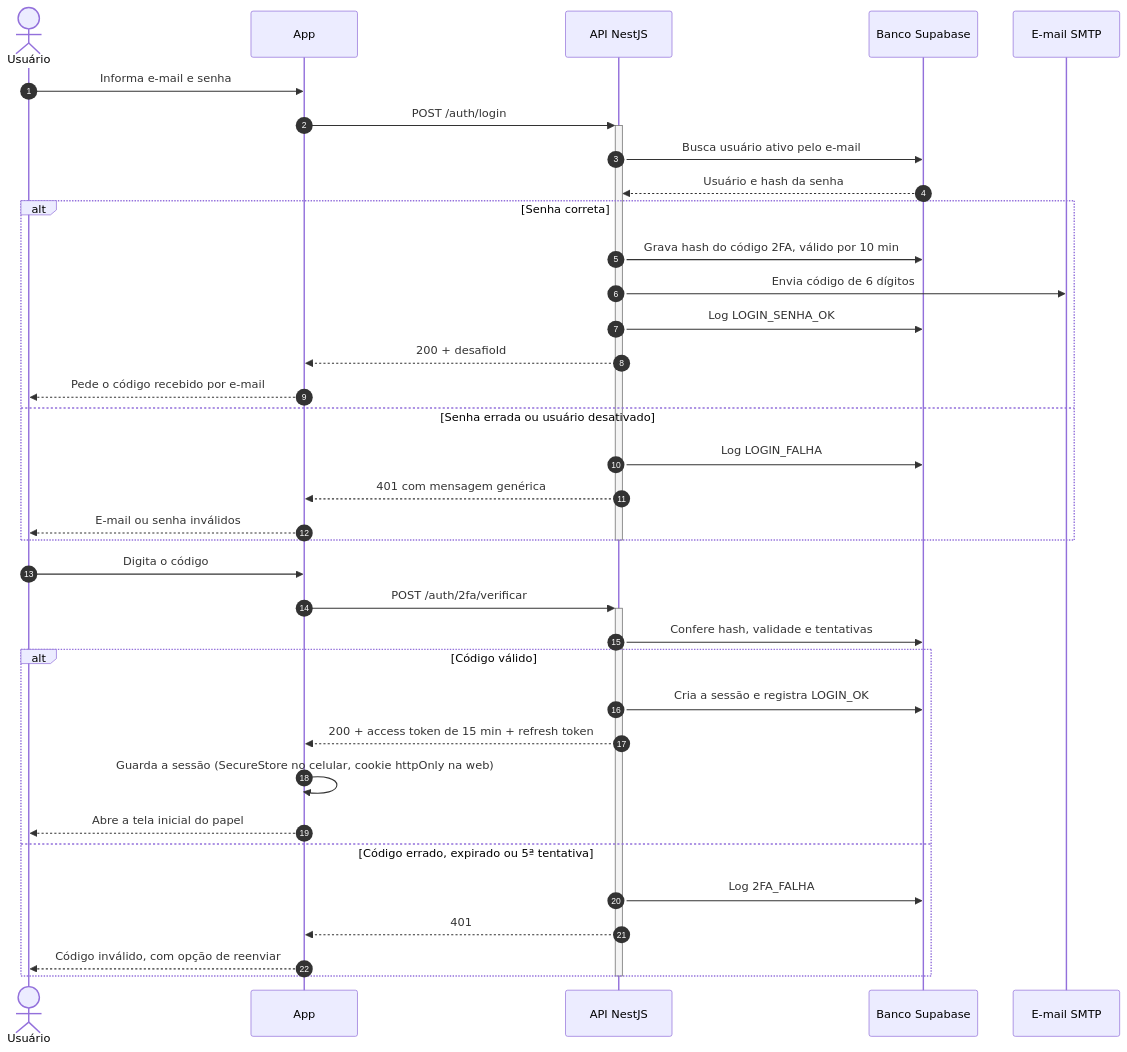
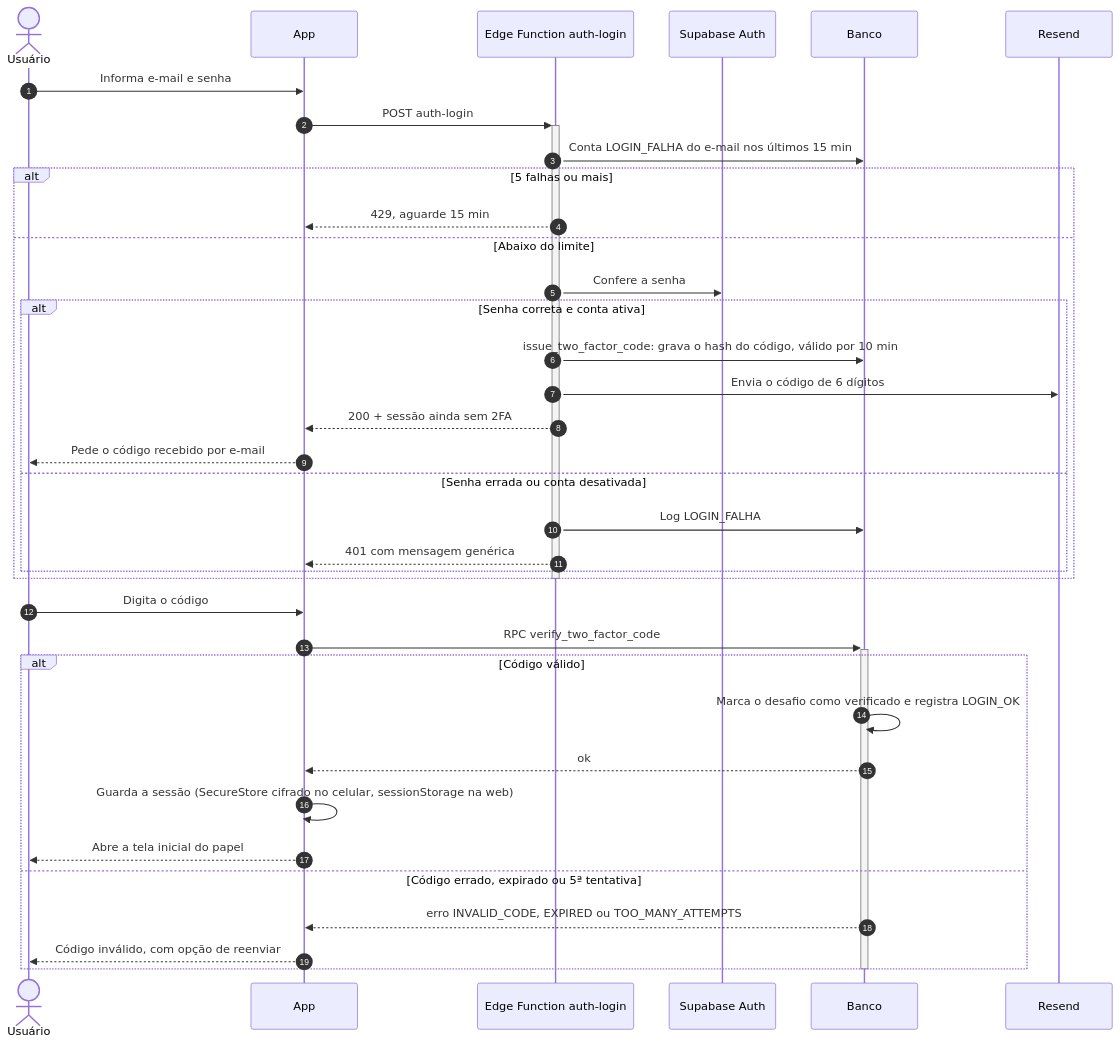
Before and after one commit to Matheus-Lordron/ki67: the fifth of 13 diagrams in docs/02-arquitetura.md, drawn with Mermaid. The commit also changed other lines of this file and 116 other files, not shown here.

````diff
--- a/docs/02-arquitetura.md
+++ b/docs/02-arquitetura.md
@@ -219,41 +229,42 @@
 ```mermaid
 sequenceDiagram
     autonumber
     actor U as Usuário
     participant App
-    participant API as API NestJS
-    participant DB as Banco Supabase
-    participant Mail as E-mail SMTP
+    participant EF as Edge Function auth-login
+    participant Auth as Supabase Auth
+    participant DB as Banco
+    participant Mail as Resend
 
     U->>App: Informa e-mail e senha
-    App->>+API: POST /auth/login
-    API->>DB: Busca usuário ativo pelo e-mail
-    DB-->>API: Usuário e hash da senha
-    alt Senha correta
-        API->>DB: Grava hash do código 2FA, válido por 10 min
-        API->>Mail: Envia código de 6 dígitos
-        API->>DB: Log LOGIN_SENHA_OK
-        API-->>App: 200 + desafioId
-        App-->>U: Pede o código recebido por e-mail
-    else Senha errada ou usuário desativado
-        API->>DB: Log LOGIN_FALHA
-        API-->>App: 401 com mensagem genérica
-        App-->>U: E-mail ou senha inválidos
+    App->>+EF: POST auth-login
+    EF->>DB: Conta LOGIN_FALHA do e-mail nos últimos 15 min
+    alt 5 falhas ou mais
+        EF-->>App: 429, aguarde 15 min
+    else Abaixo do limite
+        EF->>Auth: Confere a senha
+        alt Senha correta e conta ativa
+            EF->>DB: issue_two_factor_code: grava o hash do código, válido por 10 min
+            EF->>Mail: Envia o código de 6 dígitos
+            EF-->>App: 200 + sessão ainda sem 2FA
+            App-->>U: Pede o código recebido por e-mail
+        else Senha errada ou conta desativada
+            EF->>DB: Log LOGIN_FALHA
+            EF-->>App: 401 com mensagem genérica
+        end
     end
-    deactivate API
+    deactivate EF
 
     U->>App: Digita o código
-    App->>+API: POST /auth/2fa/verificar
-    API->>DB: Confere hash, validade e tentativas
+    App->>+DB: RPC verify_two_factor_code
     alt Código válido
-        API->>DB: Cria a sessão e registra LOGIN_OK
-        API-->>App: 200 + access token de 15 min + refresh token
-        App->>App: Guarda a sessão (SecureStore no celular, cookie httpOnly na web)
+        DB->>DB: Marca o desafio como verificado e registra LOGIN_OK
+        DB-->>App: ok
+        App->>App: Guarda a sessão (SecureStore cifrado no celular, sessionStorage na web)
         App-->>U: Abre a tela inicial do papel
     else Código errado, expirado ou 5ª tentativa
-        API->>DB: Log 2FA_FALHA
-        API-->>App: 401
+        DB-->>App: erro INVALID_CODE, EXPIRED ou TOO_MANY_ATTEMPTS
         App-->>U: Código inválido, com opção de reenviar
     end
-    deactivate API
+    deactivate DB
 ```
````
